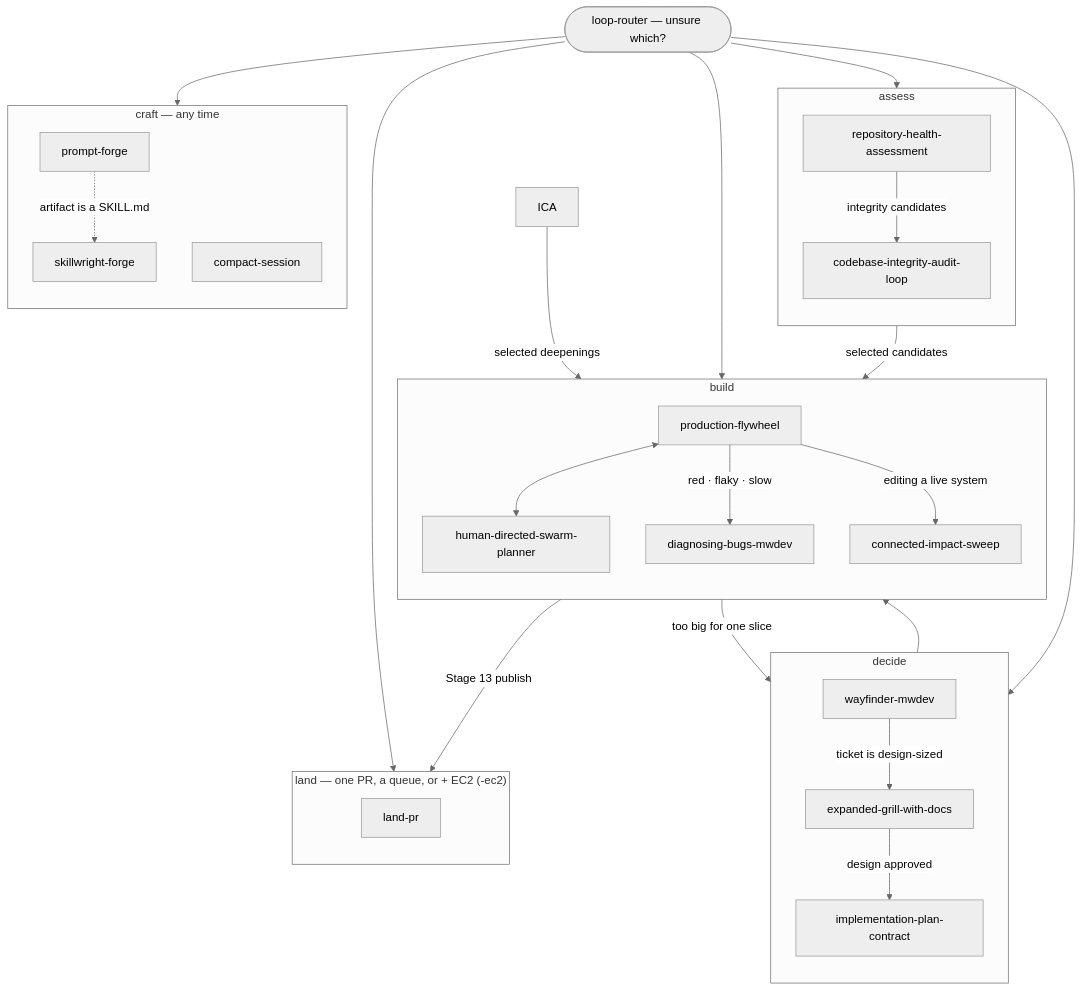
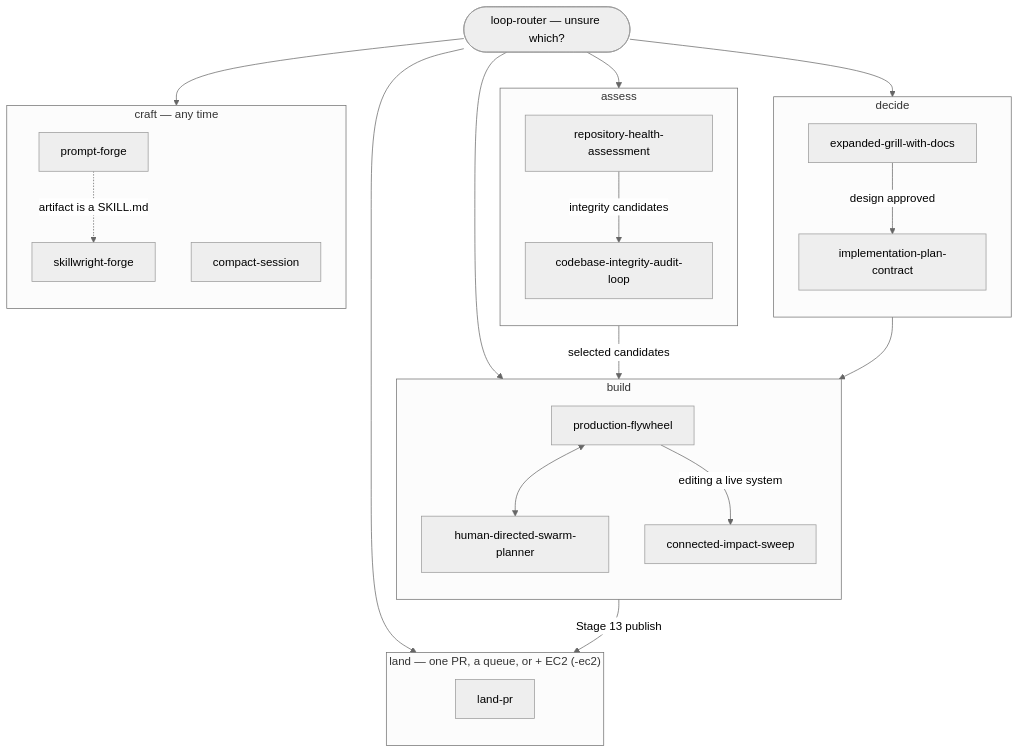
One commit to markwuenschel-dev/markdev-skills changed the diagram in CAPABILITY-MAP.md. Above: the diagram before and after it, drawn with Mermaid (neutral theme). The commit also changed other lines of this file and 11 other files, not shown here.

````diff
--- a/CAPABILITY-MAP.md
+++ b/CAPABILITY-MAP.md
@@ -7,55 +7,49 @@
 ```mermaid
 flowchart TD
     R(["loop-router — unsure which?"])
     R --> DECIDE
     R --> ASSESS
     R --> BUILD
     R --> LAND
     R --> CRAFT
 
     subgraph DECIDE["decide"]
         direction TB
-        WF["wayfinder-mwdev"]
         EG["expanded-grill-with-docs"]
         IPC["implementation-plan-contract"]
-        WF -->|"ticket is design-sized"| EG
         EG -->|"design approved"| IPC
     end
 
     subgraph ASSESS["assess"]
         direction TB
         RHA["repository-health-assessment"]
         CIAL["codebase-integrity-audit-loop"]
         RHA -->|"integrity candidates"| CIAL
     end
 
     subgraph BUILD["build"]
         direction TB
         PF["production-flywheel"]
         HDSP["human-directed-swarm-planner"]
-        DBM["diagnosing-bugs-mwdev"]
         CIS["connected-impact-sweep"]
         PF <--> HDSP
-        PF -->|"red · flaky · slow"| DBM
         PF -->|"editing a live system"| CIS
     end
 
     subgraph LAND["land — one PR, a queue, or + EC2 (-ec2)"]
         direction TB
         LP["land-pr"]
     end
 
     subgraph CRAFT["craft — any time"]
         direction TB
         PFG["prompt-forge"]
         SWF["skillwright-forge"]
         CS["compact-session"]
         PFG -.->|"artifact is a SKILL.md"| SWF
     end
 
     IPC --> PF
     CIAL -->|"selected candidates"| PF
-    ICA -->|"selected deepenings"| PF
-    PF -->|"too big for one slice"| WF
     PF -->|"Stage 13 publish"| LP
 ```
````
